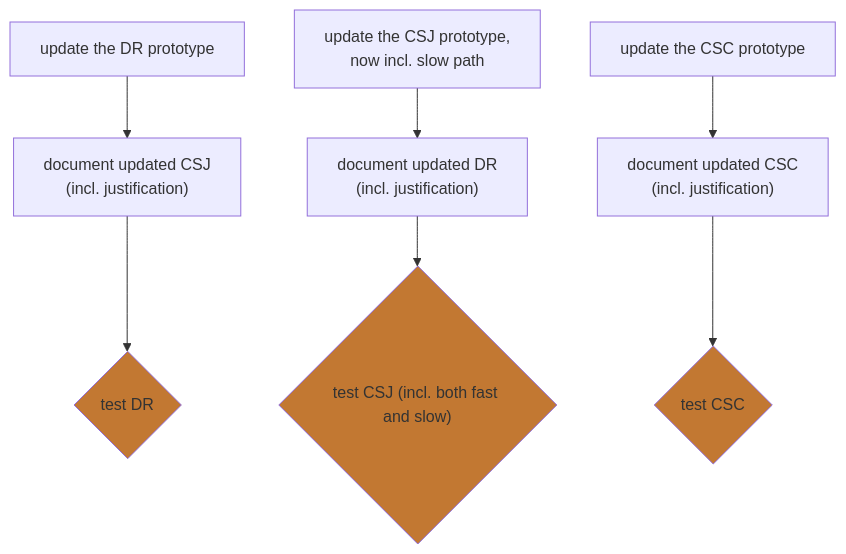
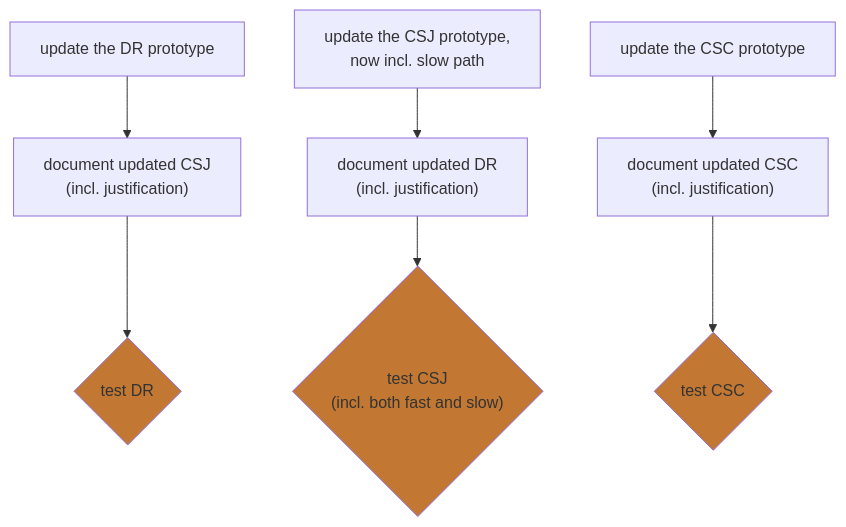
Before and after one commit to IntersectMBO/ouroboros-network: the third of 4 diagrams in ouroboros-consensus/docs/2023-Jan-Genesis-roadmap.md, drawn with Mermaid. The commit also changed other lines of this file, not shown here.

````diff
--- a/ouroboros-consensus/docs/2023-Jan-Genesis-roadmap.md
+++ b/ouroboros-consensus/docs/2023-Jan-Genesis-roadmap.md
@@ -71,17 +71,17 @@
 ```mermaid
 graph TD
     ProtoDR2["update the DR prototype"]
     ProtoCSJ2["update the CSJ prototype,\nnow incl. slow path"]
     ProtoLoP2["update the CSC prototype"]
 
     ProtoCSJ2 --> DocCSJ2["document updated DR\n(incl. justification)"]
     ProtoDR2  --> DocDR2["document updated CSJ\n(incl. justification)"]
     ProtoLoP2 --> DocLoP2["document updated CSC\n(incl. justification)"]
 
     DocDR2  --> TestDR2{test DR}
-    DocCSJ2 --> TestCSJ2{"test CSJ (incl. both fast and slow)"}
+    DocCSJ2 --> TestCSJ2{"test CSJ\n(incl. both fast and slow)"}
     DocLoP2 --> TestLoP2{test CSC}
     style TestDR2  fill:#c27832
     style TestCSJ2 fill:#c27832
     style TestLoP2 fill:#c27832
 ```
````
